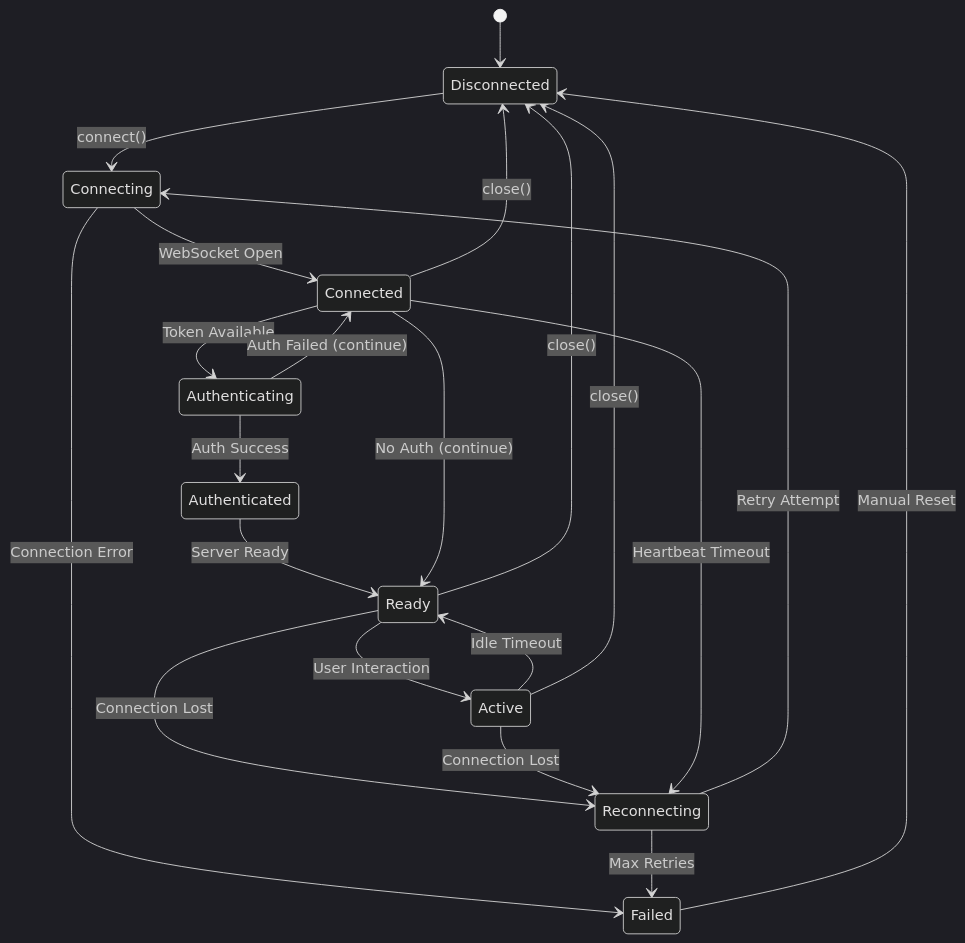
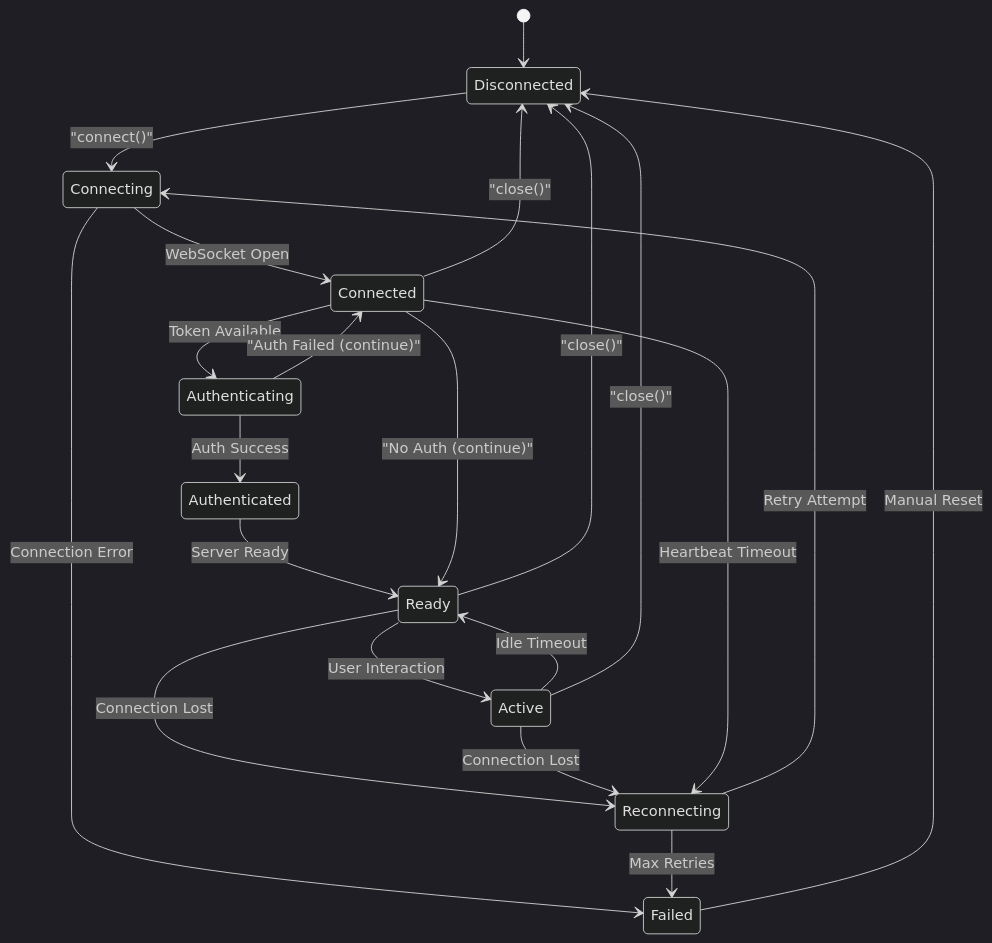
One commit to DreamLab-AI/VisionFlow changed the fifth of 19 diagrams in docs/diagrams/infrastructure/websocket/binary-protocol-complete.md. Above: the diagram before and after it, drawn with Mermaid (dark theme). The commit also changed other lines of this file and 39 other files, not shown here.

````diff
--- a/docs/diagrams/infrastructure/websocket/binary-protocol-complete.md
+++ b/docs/diagrams/infrastructure/websocket/binary-protocol-complete.md
@@ -498,29 +498,29 @@
 ```mermaid
 stateDiagram-v2
     [*] --> Disconnected
-    Disconnected --> Connecting: connect()
+    Disconnected --> Connecting: "connect()"
     Connecting --> Connected: WebSocket Open
     Connecting --> Failed: Connection Error
 
     Connected --> Authenticating: Token Available
     Authenticating --> Authenticated: Auth Success
-    Authenticating --> Connected: Auth Failed (continue)
+    Authenticating --> Connected: "Auth Failed (continue)"
 
     Authenticated --> Ready: Server Ready
-    Connected --> Ready: No Auth (continue)
+    Connected --> Ready: "No Auth (continue)"
 
     Ready --> Active: User Interaction
     Active --> Ready: Idle Timeout
 
     Ready --> Reconnecting: Connection Lost
     Active --> Reconnecting: Connection Lost
     Connected --> Reconnecting: Heartbeat Timeout
 
     Reconnecting --> Connecting: Retry Attempt
     Reconnecting --> Failed: Max Retries
 
     Failed --> Disconnected: Manual Reset
-    Active --> Disconnected: close()
-    Ready --> Disconnected: close()
-    Connected --> Disconnected: close()
+    Active --> Disconnected: "close()"
+    Ready --> Disconnected: "close()"
+    Connected --> Disconnected: "close()"
 ```
````
